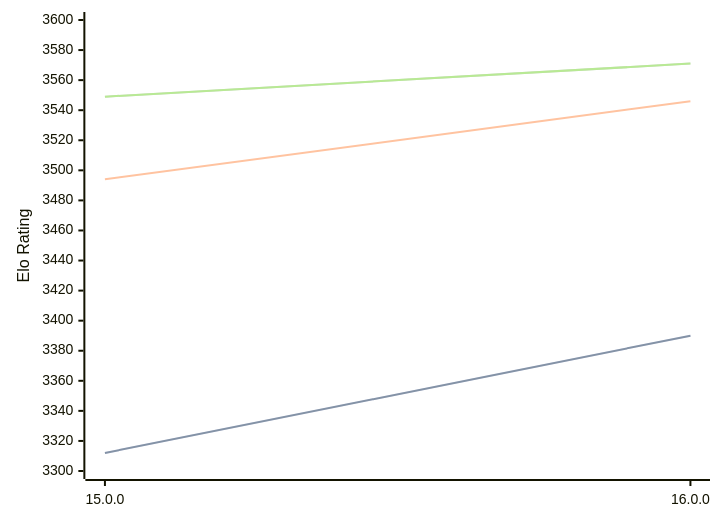
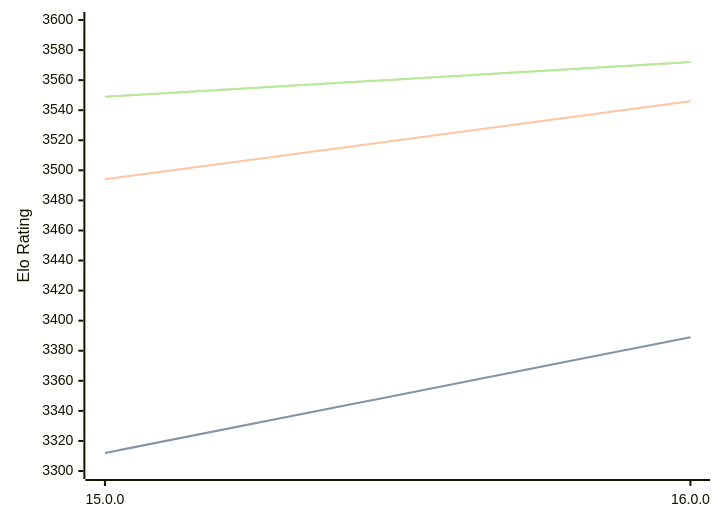
Before and after one commit to computer-chess-index/cci: the diagram in engines/Halogen.md, drawn with Mermaid. The commit also changed other lines of this file, not shown here.

Commit message:
Update CCI Ratings (ELO VLTC) - 2026-04-03

````diff
--- a/engines/Halogen.md
+++ b/engines/Halogen.md
@@ -50,11 +50,11 @@
 ```mermaid
 %%{init: {"theme":"base","themeVariables":{"seriesColors:['#a3a3a3','#222221','#faa371']}}}%%
 xychart-beta
   x-axis ["15.0.0", "16.0.0"]
   y-axis "Elo Rating" 3300 --> 3600
-  line "STC (8.0+0.08s)" [3312, 3390]
-  line "STC (8.0+0.08s)" [3312, 3390]
+  line "STC (8.0+0.08s)" [3312, 3389]
+  line "STC (8.0+0.08s)" [3312, 3389]
   line "LTC (60.0+0.60s)" [3494, 3546]
-  line "VLTC (2m24s+1.12s)" [3549, 3571]
-  line "VLTC (2m24s+1.12s)" [3549, 3571]
+  line "VLTC (2m24s+1.12s)" [3549, 3572]
+  line "VLTC (2m24s+1.12s)" [3549, 3572]
 ```
````
